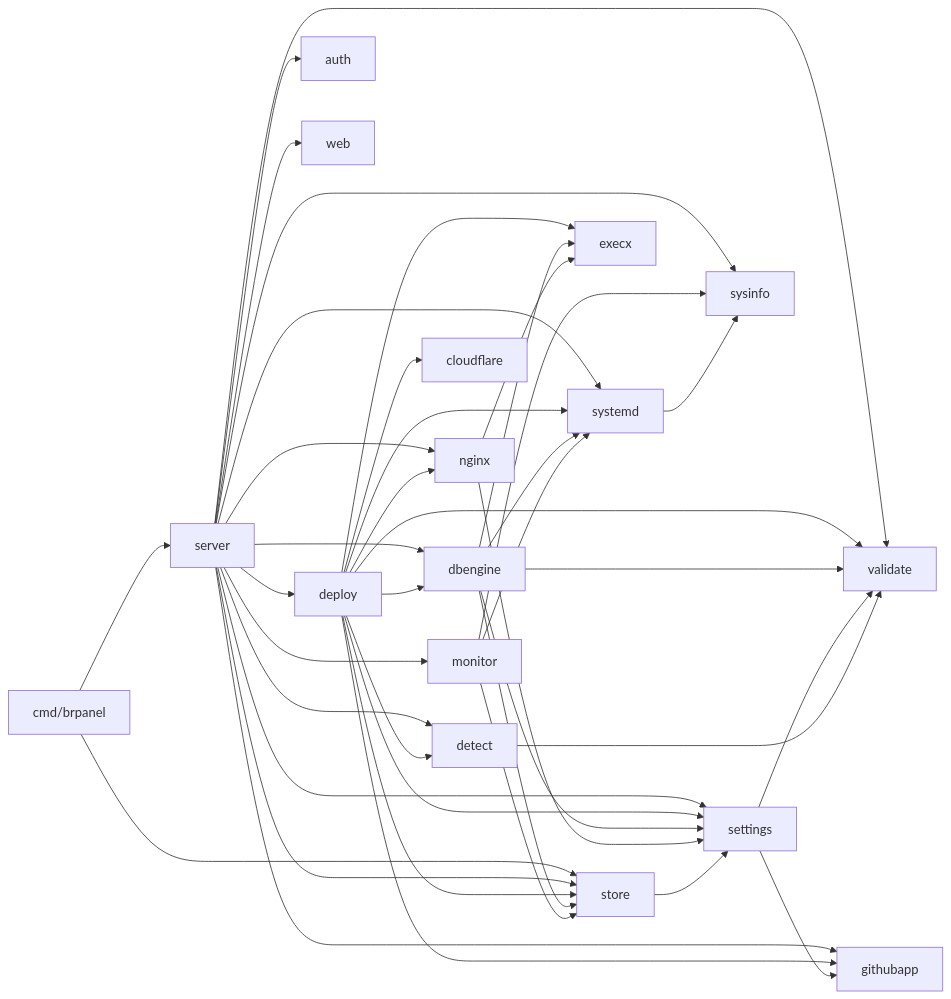
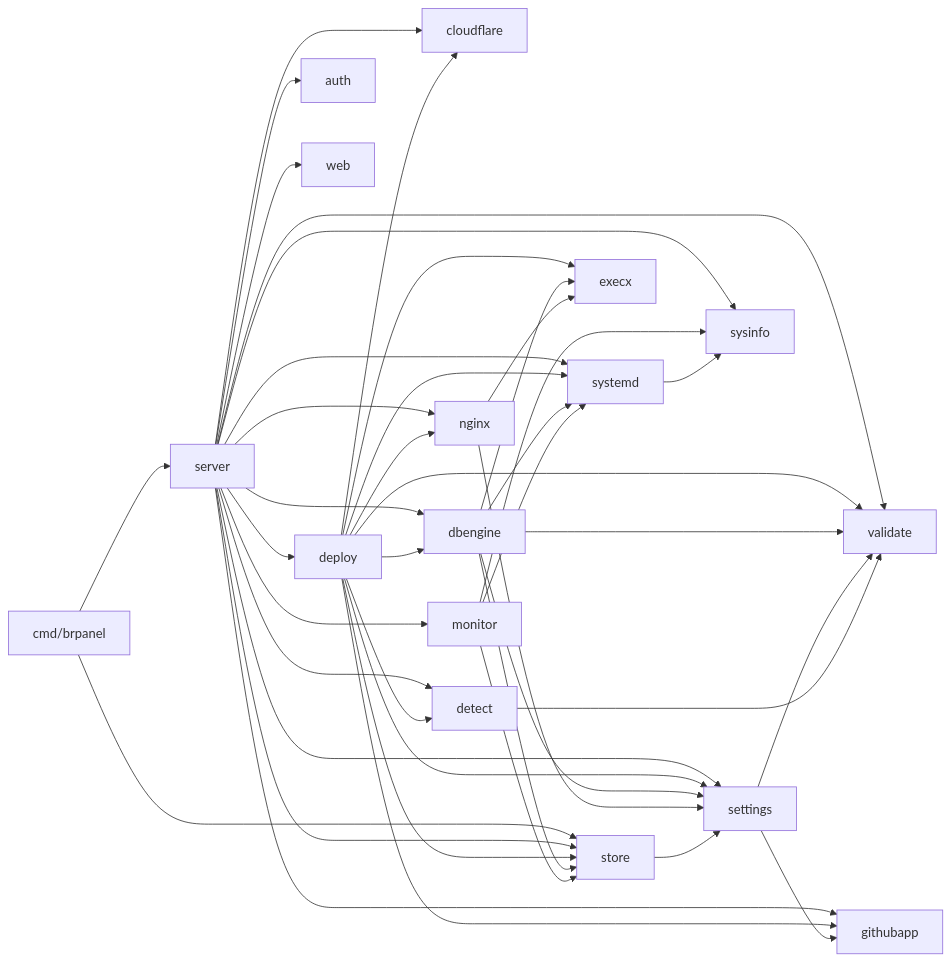
Before and after one commit to viniciusdev772/br_panel: the diagram in docs/architecture.md, drawn with Mermaid. The commit also changed other lines of this file and 16 other files, not shown here.

````diff
--- a/docs/architecture.md
+++ b/docs/architecture.md
@@ -29,14 +29,14 @@
 ```mermaid
 graph LR
   cmd[cmd/brpanel] --> server
   cmd --> store
-  server --> dbengine & deploy & monitor & auth & settings & store & githubapp & nginx & detect & systemd & sysinfo & validate & web
+  server --> cloudflare & dbengine & deploy & monitor & auth & settings & store & githubapp & nginx & detect & systemd & sysinfo & validate & web
   deploy --> cloudflare & detect & nginx & githubapp & settings & store & systemd & validate & execx & dbengine
   dbengine --> settings & store & systemd & validate & execx
   monitor --> store & sysinfo & systemd
   nginx --> settings & execx
   store --> settings
   settings --> githubapp & validate
   systemd --> sysinfo
   detect --> validate
 ```
````
